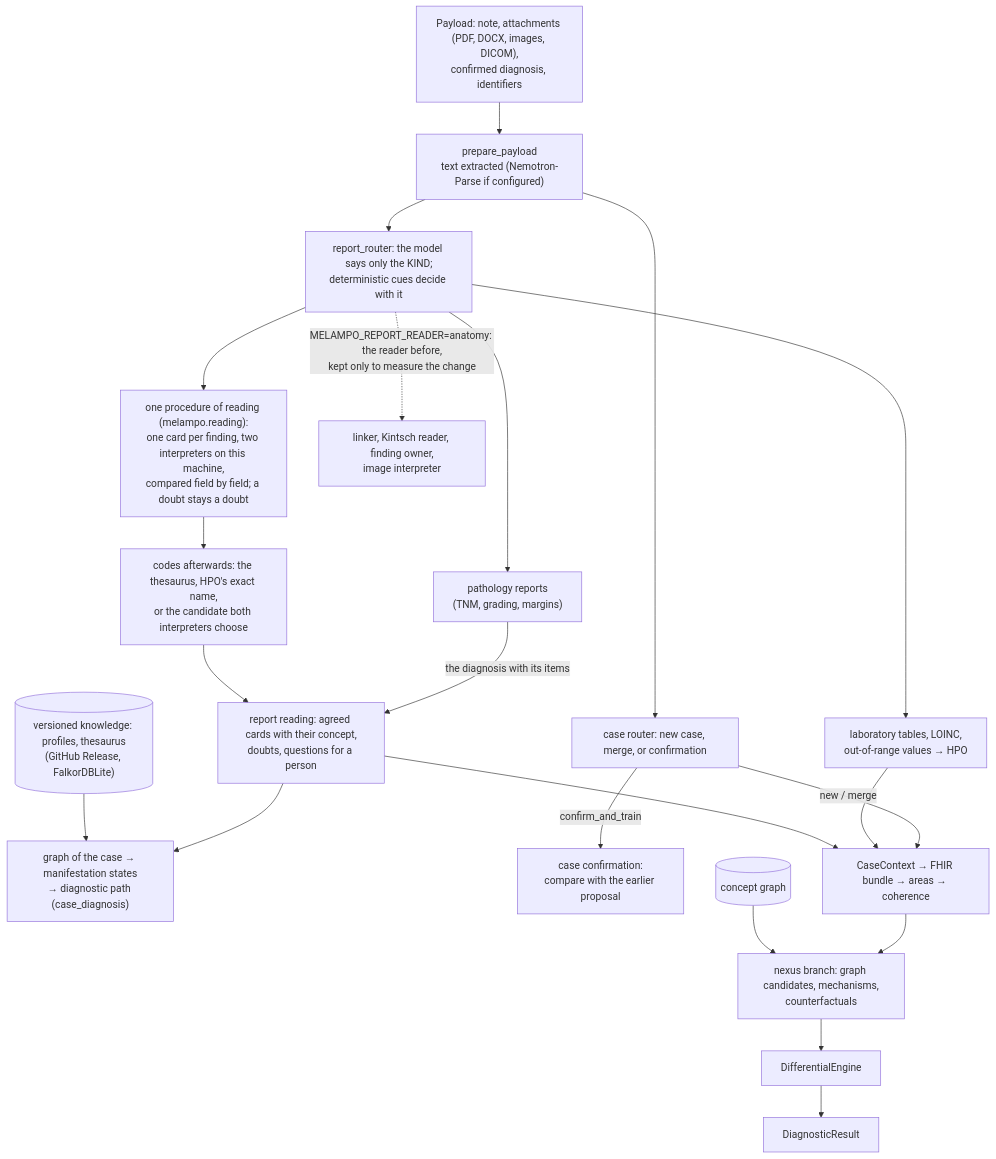
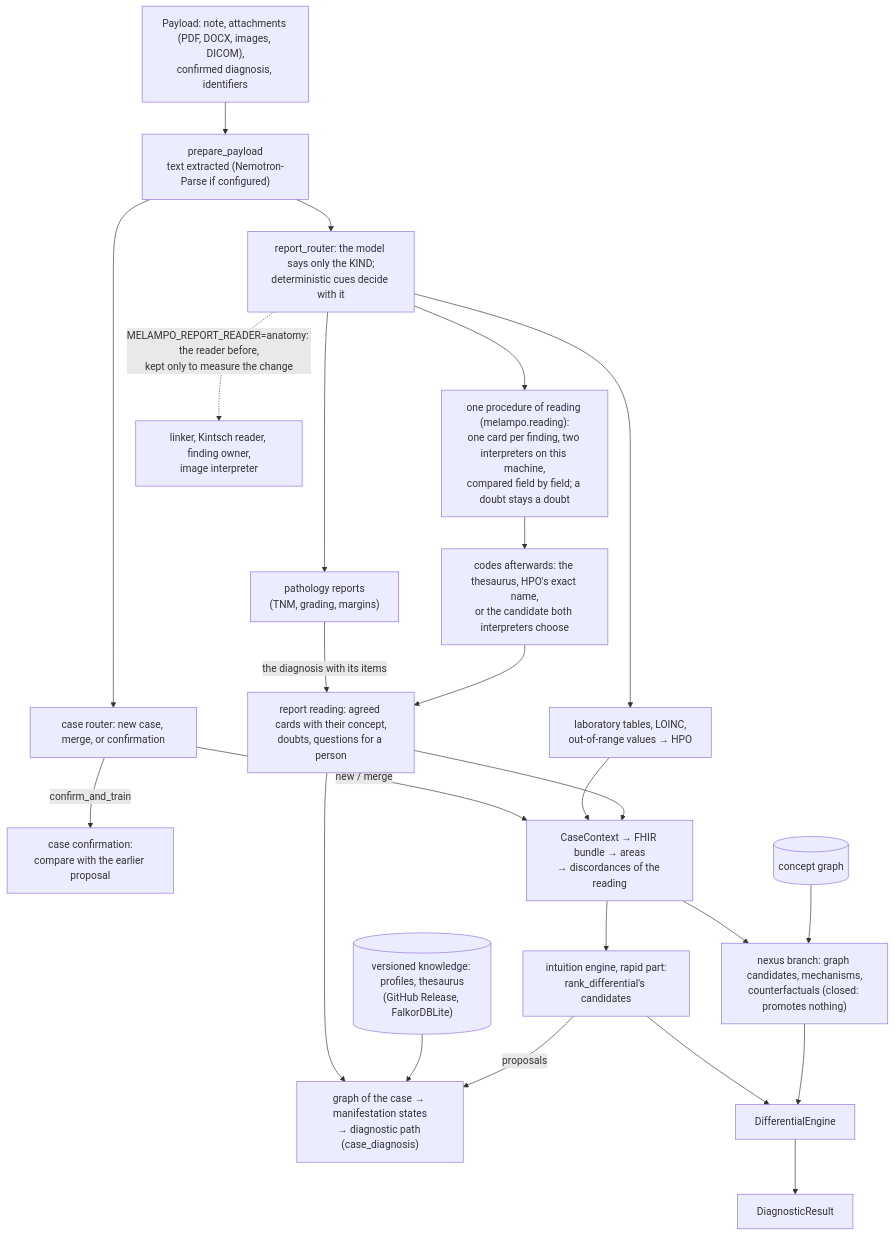
One commit to francescoluciolattari/Melampo-AI changed the second of 2 diagrams in docs/en/ARCHITECTURE.md. Above: the diagram before and after it, drawn with Mermaid. The commit also changed other lines of this file and 63 other files, not shown here.

````diff
--- a/docs/en/ARCHITECTURE.md
+++ b/docs/en/ARCHITECTURE.md
@@ -32,22 +32,25 @@
 ```mermaid
 flowchart TD
   payload["Payload: note, attachments (PDF, DOCX, images, DICOM),<br/>confirmed diagnosis, identifiers"] --> prep["prepare_payload<br/>text extracted (Nemotron-Parse if configured)"]
   prep --> router["report_router: the model says only the KIND;<br/>deterministic cues decide with it"]
   router --> lab["laboratory tables, LOINC,<br/>out-of-range values → HPO"]
   router --> path["pathology reports<br/>(TNM, grading, margins)"]
   path -->|"the diagnosis with its items"| rr
   router --> one["one procedure of reading (melampo.reading):<br/>one card per finding, two interpreters on this machine,<br/>compared field by field; a doubt stays a doubt"]
   one --> codes["codes afterwards: the thesaurus, HPO's exact name,<br/>or the candidate both interpreters choose"]
   codes --> rr["report reading: agreed cards with their concept,<br/>doubts, questions for a person"]
   rr --> cg["graph of the case → manifestation states<br/>→ diagnostic path (case_diagnosis)"]
   know[("versioned knowledge: profiles, thesaurus<br/>(GitHub Release, FalkorDBLite)")] --> cg
   router -.->|"MELAMPO_REPORT_READER=anatomy: the reader before,<br/>kept only to measure the change"| narr["linker, Kintsch reader, finding owner,<br/>image interpreter"]
   prep --> d1["case router: new case, merge, or confirmation"]
   d1 -->|confirm_and_train| conf["case confirmation:<br/>compare with the earlier proposal"]
-  d1 -->|new / merge| ingest["CaseContext → FHIR bundle → areas → coherence"]
+  d1 -->|new / merge| ingest["CaseContext → FHIR bundle → areas<br/>→ discordances of the reading"]
   lab --> ingest
   rr --> ingest
-  ingest --> nexus["nexus branch: graph candidates, mechanisms,<br/>counterfactuals"]
+  ingest --> rapid["intuition engine, rapid part:<br/>rank_differential's candidates"]
+  rapid --> diff
+  rapid -->|proposals| cg
+  ingest --> nexus["nexus branch: graph candidates, mechanisms,<br/>counterfactuals (closed: promotes nothing)"]
   nexus --> diff["DifferentialEngine"] --> res["DiagnosticResult"]
   graphnode[("concept graph")] --> nexus
 ```
````
